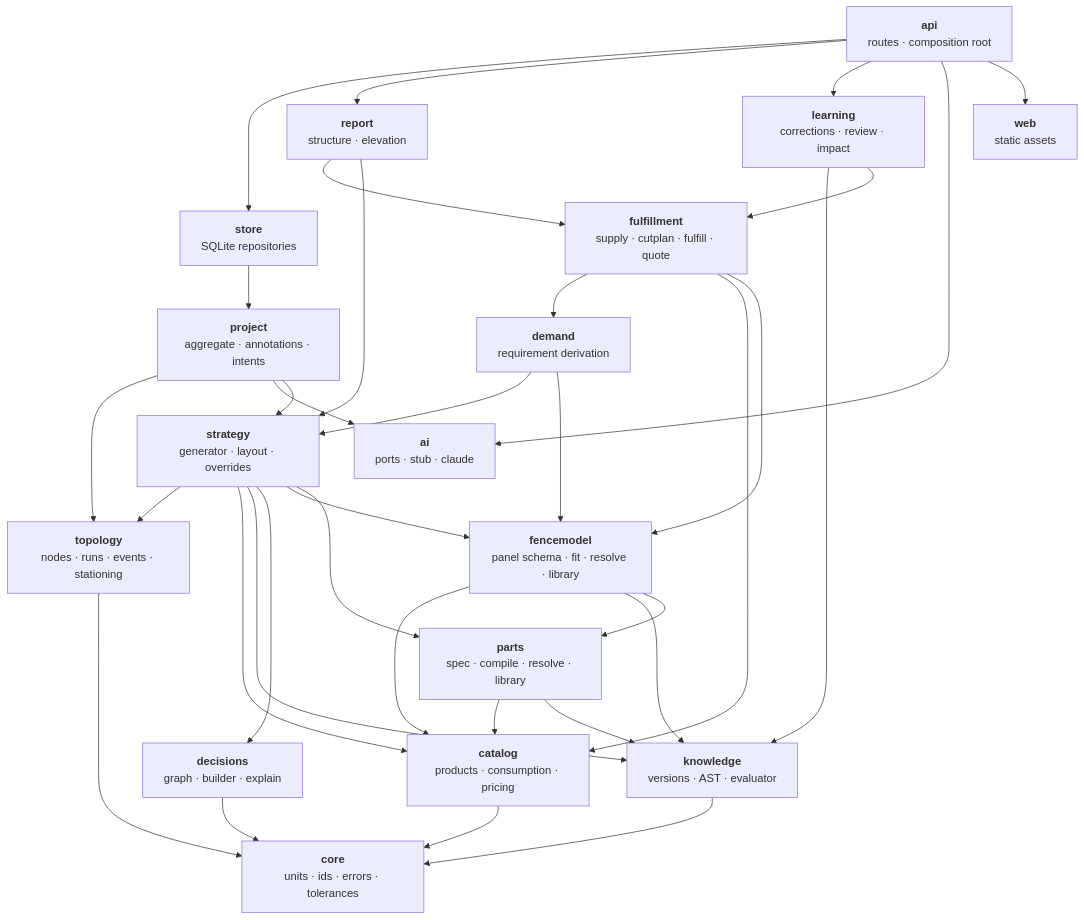
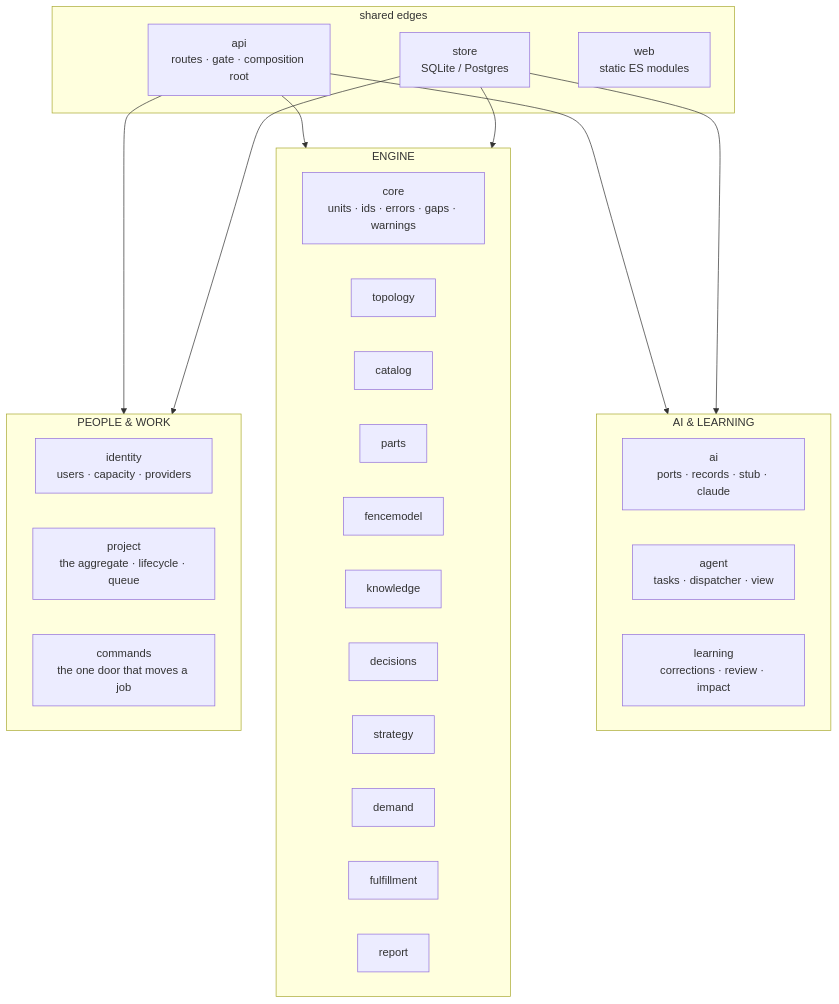
Before and after one commit to spicysauce1955-stack/BOM: the first of 3 diagrams in docs/architecture/01-domains.md, drawn with Mermaid. The commit also changed other lines of this file and 14 other files, not shown here.

````diff
--- a/docs/architecture/01-domains.md
+++ b/docs/architecture/01-domains.md
@@ -19,58 +12,38 @@
 ```mermaid
-flowchart TD
-    CORE["<b>core</b><br/>units · ids · errors · tolerances"]
+flowchart TB
+    subgraph PEOPLE["PEOPLE & WORK"]
+        ID["identity<br/>users · capacity · providers"]
+        PRJ["project<br/>the aggregate · lifecycle · queue"]
+        CMD["commands<br/>the one door that moves a job"]
+    end
+    subgraph ENGINE["ENGINE"]
+        CORE["core<br/>units · ids · errors · gaps · warnings"]
+        TOP["topology"]
+        CAT["catalog"]
+        PARTS["parts"]
+        FM["fencemodel"]
+        KNO["knowledge"]
+        DEC["decisions"]
+        STR["strategy"]
+        DEM["demand"]
+        FUL["fulfillment"]
+        REP["report"]
+    end
+    subgraph AIP["AI & LEARNING"]
+        AI["ai<br/>ports · records · stub · claude"]
+        AGT["agent<br/>tasks · dispatcher · view"]
+        LRN["learning<br/>corrections · review · impact"]
+    end
+    subgraph EDGE["shared edges"]
+        API["api<br/>routes · gate · composition root"]
+        STO["store<br/>SQLite / Postgres"]
+        WEB["web<br/>static ES modules"]
+    end
 
-    TOP["<b>topology</b><br/>nodes · runs · events · stationing"]
-    CAT["<b>catalog</b><br/>products · consumption · pricing"]
-    KNO["<b>knowledge</b><br/>versions · AST · evaluator"]
-    DEC["<b>decisions</b><br/>graph · builder · explain"]
-
-    FM["<b>fencemodel</b><br/>panel schema · fit · resolve · library"]
-    PARTS["<b>parts</b><br/>spec · compile · resolve · library"]
-    STR["<b>strategy</b><br/>generator · layout · overrides"]
-    DEM["<b>demand</b><br/>requirement derivation"]
-    FUL["<b>fulfillment</b><br/>supply · cutplan · fulfill · quote"]
-    REP["<b>report</b><br/>structure · elevation"]
-
-    PRJ["<b>project</b><br/>aggregate · annotations · intents"]
-    LRN["<b>learning</b><br/>corrections · review · impact"]
-    AI["<b>ai</b><br/>ports · stub · claude"]
-
-    STO["<b>store</b><br/>SQLite repositories"]
-    API["<b>api</b><br/>routes · composition root"]
-    WEB["<b>web</b><br/>static assets"]
-
-    TOP --> CORE
-    CAT --> CORE
-    KNO --> CORE
-    DEC --> CORE
-    FM --> CAT
-    FM --> KNO
-    FM --> PARTS
-    PARTS --> CAT
-    PARTS --> KNO
-    STR --> TOP
-    STR --> CAT
-    STR --> KNO
-    STR --> DEC
-    STR --> FM
-    STR --> PARTS
-    DEM --> STR
-    DEM --> FM
-    FUL --> DEM
-    FUL --> CAT
-    FUL --> FM
-    REP --> FUL
-    REP --> STR
-    PRJ --> TOP
-    PRJ --> AI
-    PRJ --> STR
-    LRN --> KNO
-    LRN --> FUL
-    STO --> PRJ
-    API --> STO
-    API --> REP
-    API --> LRN
-    API --> AI
-    API --> WEB
+    API --> PEOPLE
+    API --> ENGINE
+    API --> AIP
+    STO --> PEOPLE
+    STO --> ENGINE
+    STO --> AIP
 ```
````
